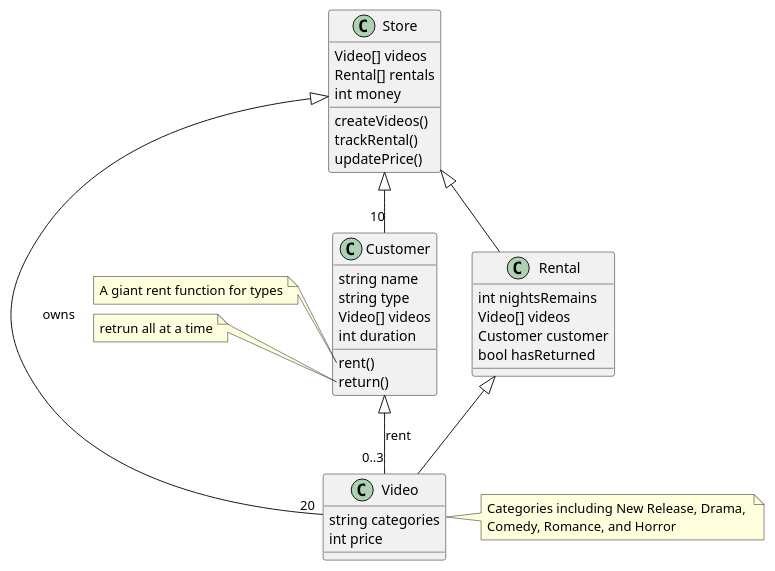
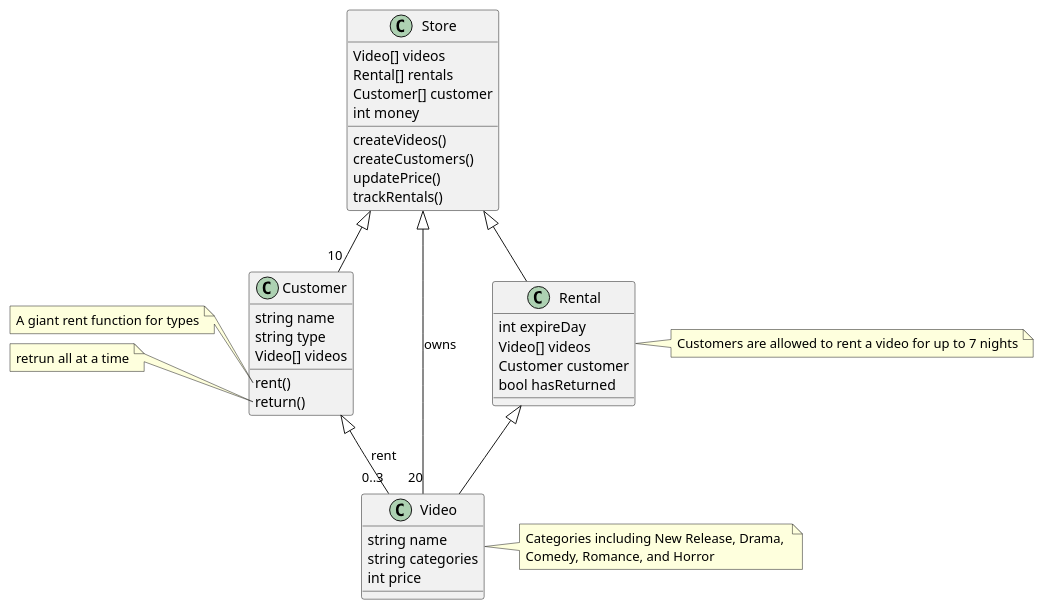
One commit to wannaflyhigh/Object-Oriented-Programming changed the diagram in hw3/classDiagram.puml. Above: the diagram before and after it, drawn with PlantUML. The commit also changed 1 other file, not shown here.

Commit message:
Update class diagram in hw3 by hsulw

```diff
--- a/hw3/classDiagram.puml
+++ b/hw3/classDiagram.puml
@@ -1,50 +1,55 @@
 @startuml hw3
 
 class Store{
 	Video[] videos
 	Rental[] rentals
+	Customer[] customer
 	int money
 	createVideos()
-	trackRental()
+	createCustomers()
 	updatePrice()
+	trackRentals()
 }
-
-class Video{
-	string categories
-	int price
-}
-
-Store <|-- "20" Video : owns
-
-note Right of Video : Categories including New Release, Drama, \nComedy, Romance, and Horror
 
 class Customer{
 	string name
 	string type
 	Video[] videos
-	int duration
 	rent()
 	return()
 }
+
 note left of Customer::rent
 A giant rent function for types
 end note
 
 note left of Customer::return
 retrun all at a time
 end note
 
 Customer <|-- "0..3" Video : rent
 Store <|-- "10" Customer
 
+
+class Video{
+	string name
+	string categories
+	int price
+}
+
+Store <|-- "20" Video : owns
+
+note Right of Video : Categories including New Release, Drama, \nComedy, Romance, and Horror
+
 class Rental{
-	int nightsRemains
+	int expireDay
 	Video[] videos
 	Customer customer
 	bool hasReturned
 }
+
+note Right of Rental : Customers are allowed to rent a video for up to 7 nights
+
 Store <|-- Rental
 Rental <|-- Video
-
-
 @enduml
```
